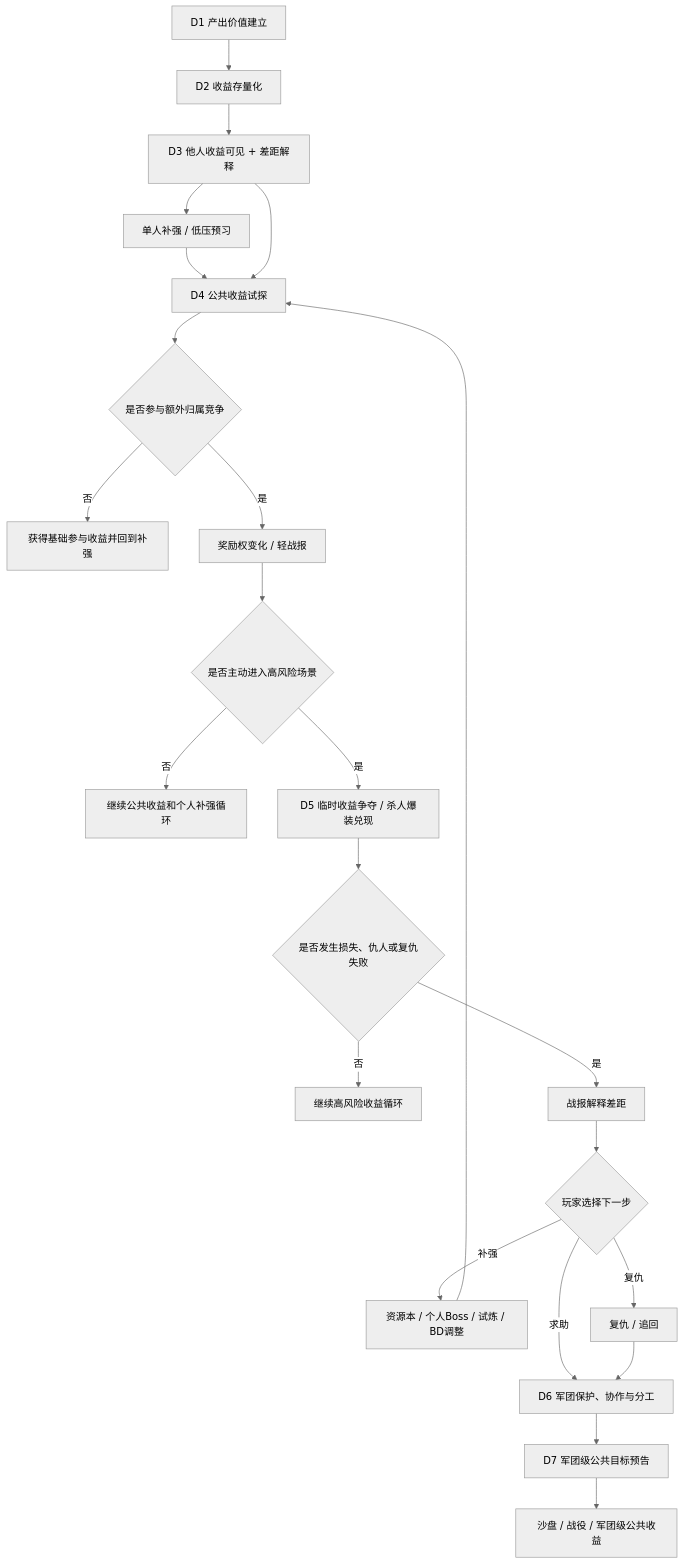
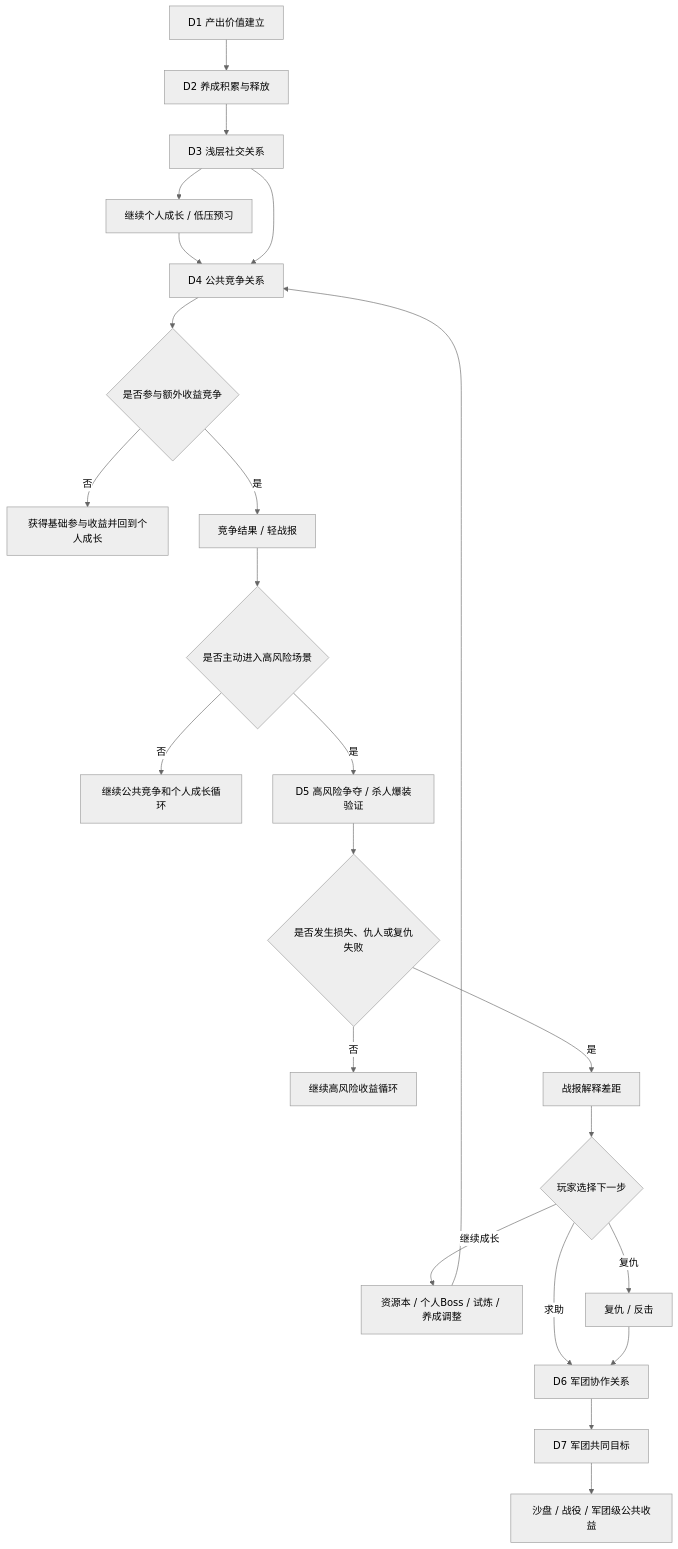
One commit to jeff931746-creator/Codex changed the diagram in workspace/projects/开发中/FF-指尖战记/策划/输出/7日强社交功能链路/文档/FF-7日强社交功能链路细化设计稿.md. Above: the diagram before and after it, drawn with Mermaid (neutral theme). The commit also changed other lines of this file and 1 other file, not shown here.

````diff
--- a/workspace/projects/开发中/FF-指尖战记/策划/输出/7日强社交功能链路/文档/FF-7日强社交功能链路细化设计稿.md
+++ b/workspace/projects/开发中/FF-指尖战记/策划/输出/7日强社交功能链路/文档/FF-7日强社交功能链路细化设计稿.md
@@ -57,25 +57,25 @@
 ```mermaid
 flowchart TD
-    A[D1 产出价值建立] --> B[D2 收益存量化]
-    B --> C[D3 他人收益可见 + 差距解释]
-    C --> C1[单人补强 / 低压预习]
-    C1 --> D[D4 公共收益试探]
+    A[D1 产出价值建立] --> B[D2 养成积累与释放]
+    B --> C[D3 浅层社交关系]
+    C --> C1[继续个人成长 / 低压预习]
+    C1 --> D[D4 公共竞争关系]
     C --> D
-    D --> E{是否参与额外归属竞争}
-    E -- 否 --> E1[获得基础参与收益并回到补强]
-    E -- 是 --> F[奖励权变化 / 轻战报]
+    D --> E{是否参与额外收益竞争}
+    E -- 否 --> E1[获得基础参与收益并回到个人成长]
+    E -- 是 --> F[竞争结果 / 轻战报]
     F --> G{是否主动进入高风险场景}
-    G -- 否 --> G1[继续公共收益和个人补强循环]
-    G -- 是 --> H[D5 临时收益争夺 / 杀人爆装兑现]
+    G -- 否 --> G1[继续公共竞争和个人成长循环]
+    G -- 是 --> H[D5 高风险争夺 / 杀人爆装验证]
     H --> I{是否发生损失、仇人或复仇失败}
     I -- 否 --> I1[继续高风险收益循环]
     I -- 是 --> J[战报解释差距]
     J --> K{玩家选择下一步}
-    K -- 补强 --> K1[资源本 / 个人Boss / 试炼 / BD调整]
-    K -- 复仇 --> K2[复仇 / 追回]
-    K -- 求助 --> L[D6 军团保护、协作与分工]
+    K -- 继续成长 --> K1[资源本 / 个人Boss / 试炼 / 养成调整]
+    K -- 复仇 --> K2[复仇 / 反击]
+    K -- 求助 --> L[D6 军团协作关系]
     K1 --> D
     K2 --> L
-    L --> M[D7 军团级公共目标预告]
+    L --> M[D7 军团共同目标]
     M --> N[沙盘 / 战役 / 军团级公共收益]
 ```
````
